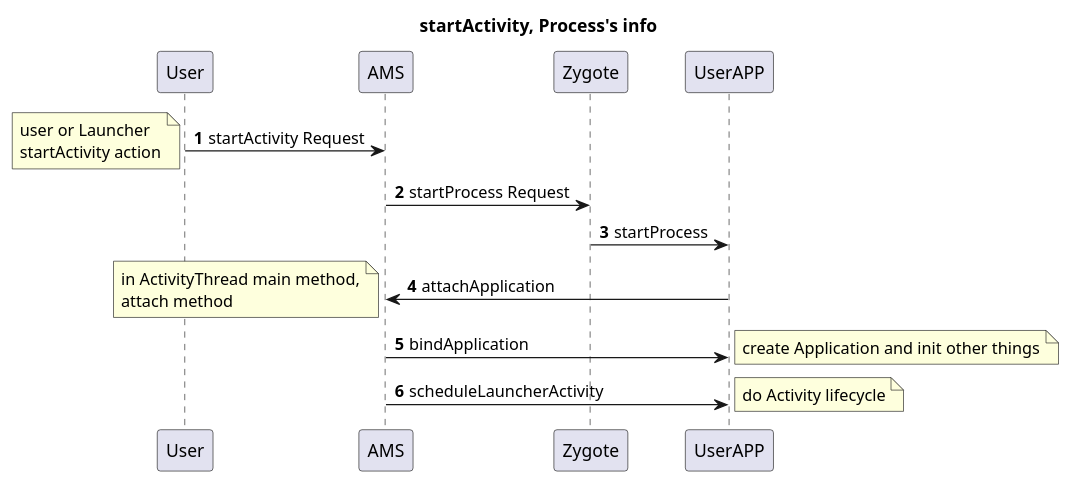
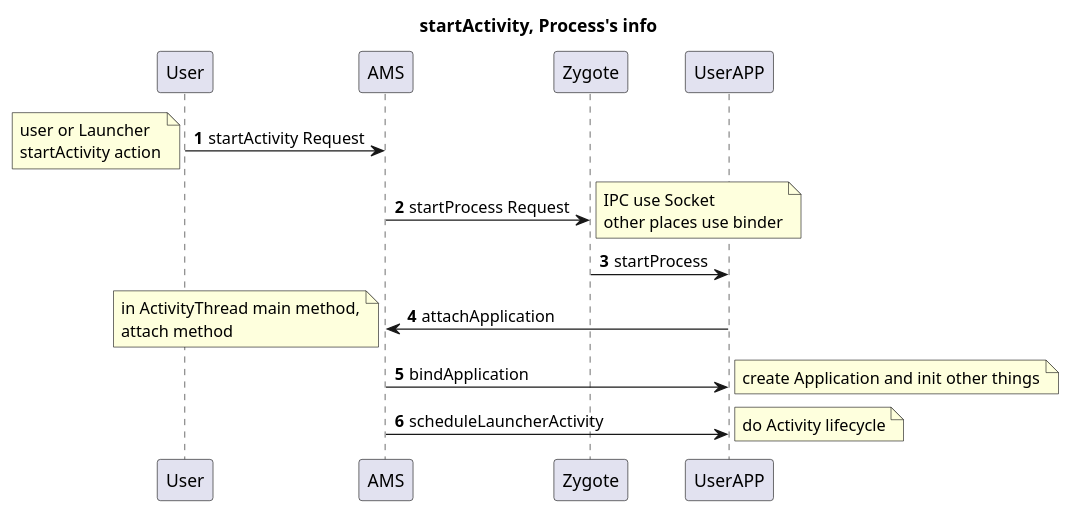
One commit to KentTJ/ImoocRxJavaStudy changed the diagram in docs/startActivity_process_side_05.puml. Above: the diagram before and after it, drawn with PlantUML.

Commit message:
Activity的启动流程流程图。

```diff
--- a/docs/startActivity_process_side_05.puml
+++ b/docs/startActivity_process_side_05.puml
@@ -1,27 +1,31 @@
 @startuml
 title startActivity, Process's info
 
 autonumber
 User -> AMS : startActivity Request
 note left
 user or Launcher
 startActivity action
 end note
 
 AMS -> Zygote: startProcess Request
+note right
+IPC use Socket
+other places use binder
+end note
 
 Zygote -> UserAPP: startProcess
 
 UserAPP -> AMS: attachApplication
 note left
 in ActivityThread main method,
 attach method
 end note
 
 AMS -> UserAPP: bindApplication
 note right: create Application and init other things
 
 AMS -> UserAPP: scheduleLauncherActivity
 note right: do Activity lifecycle
 
 @enduml
```
